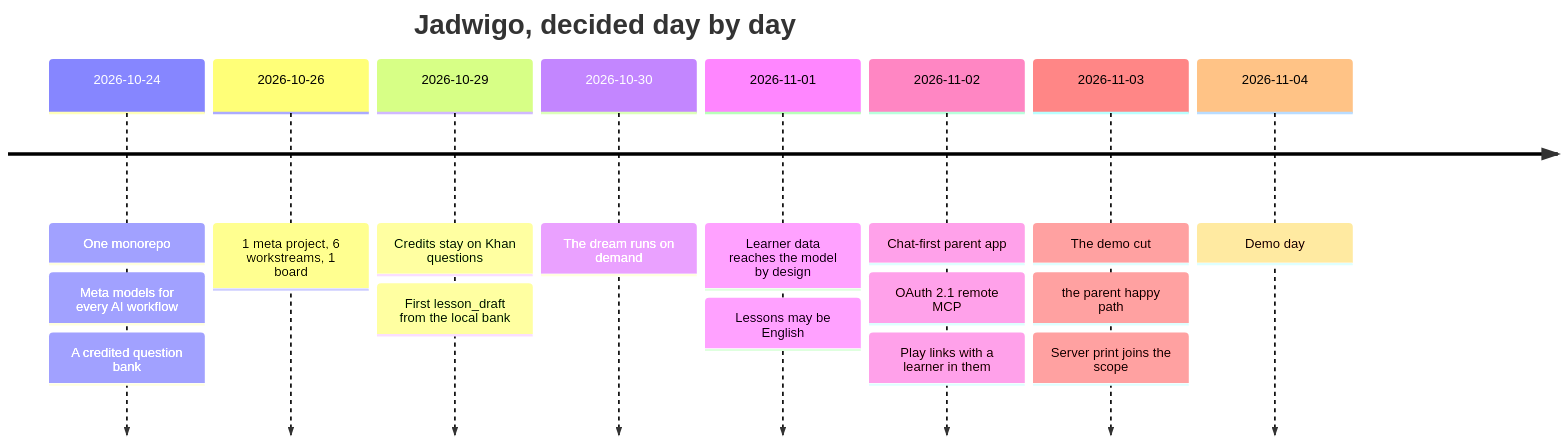
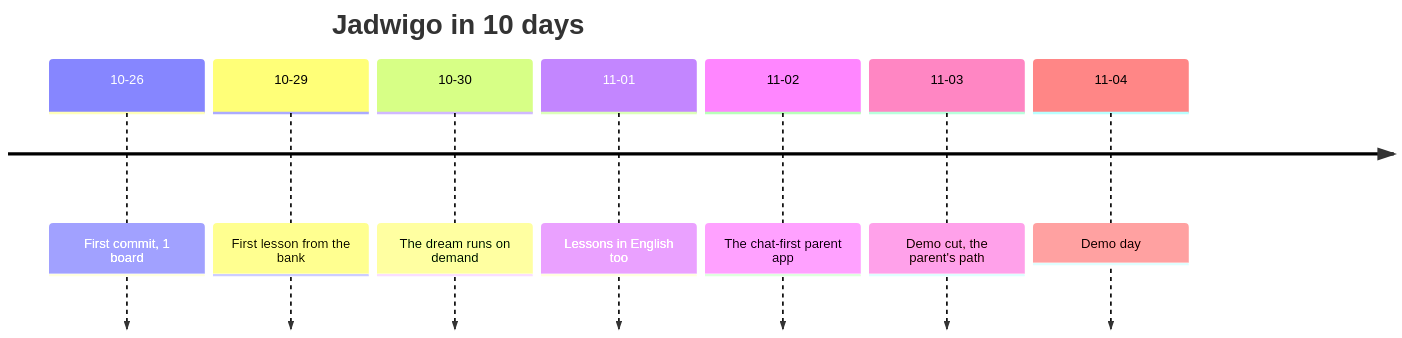
The diagram in apps/docs/src/lib/diagrams/story-timeline.mmd (vasyl-stanislavchuk/jadwigo-hackathon), drawn with Mermaid before and after one commit. The commit also changed 69 other files, not shown here.

First line of the commit message:
dl-5ssh.90.53.20: architecture as a C4 ladder, every diagram redrawn in Medallion (#946)

```diff
--- a/apps/docs/src/lib/diagrams/story-timeline.mmd
+++ b/apps/docs/src/lib/diagrams/story-timeline.mmd
@@ -1,17 +1,9 @@
 timeline
-  title Jadwigo, decided day by day
-  2026-10-24 : One monorepo
-             : Meta models for every AI workflow
-             : A credited question bank
-  2026-10-26 : 1 meta project, 6 workstreams, 1 board
-  2026-10-29 : Credits stay on Khan questions
-             : First lesson_draft from the local bank
-  2026-10-30 : The dream runs on demand
-  2026-11-01 : Learner data reaches the model by design
-             : Lessons may be English
-  2026-11-02 : Chat-first parent app
-             : OAuth 2.1 remote MCP
-             : Play links with a learner in them
-  2026-11-03 : The demo cut: the parent happy path
-             : Server print joins the scope
-  2026-11-04 : Demo day
+  title Jadwigo in 10 days
+  10-26 : First commit, 1 board
+  10-29 : First lesson from the bank
+  10-30 : The dream runs on demand
+  11-01 : Lessons in English too
+  11-02 : The chat-first parent app
+  11-03 : Demo cut, the parent's path
+  11-04 : Demo day
```
